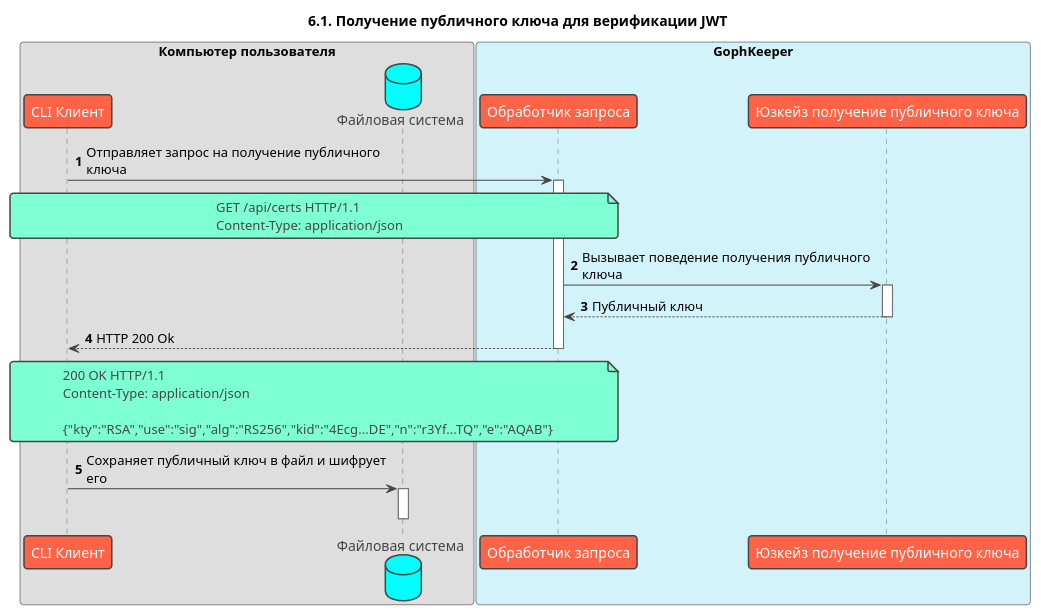
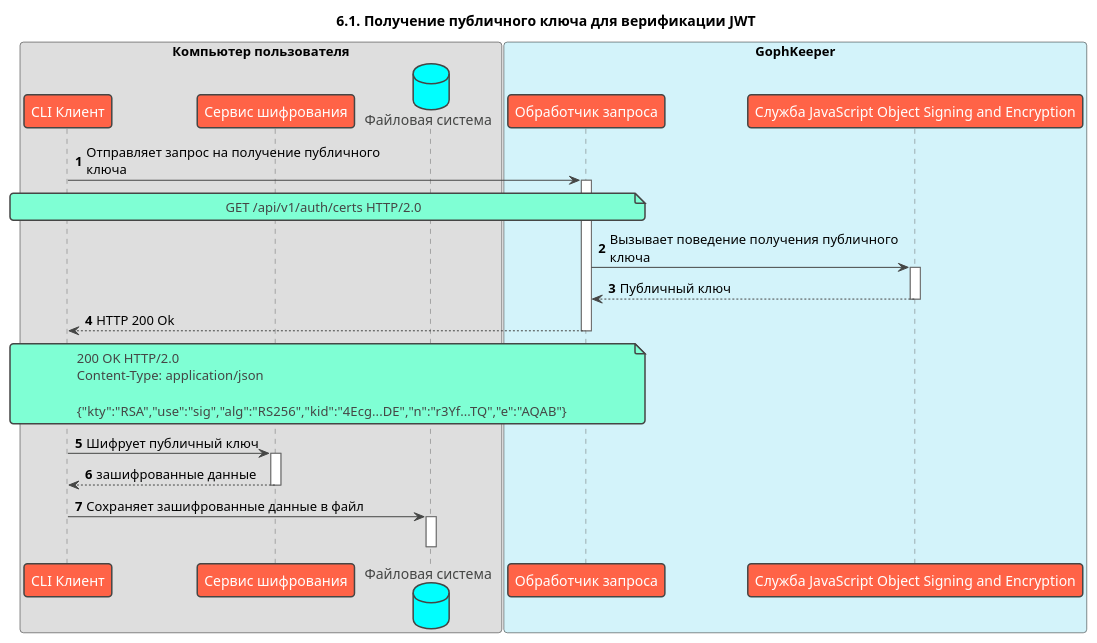
One commit to Nickolasll/GophKeeper changed the diagram in docs/arc42/6. Runtime View/6.1 Certs.puml. Above: the diagram before and after it, drawn with PlantUML. The commit also changed 24 other files, not shown here.

```diff
--- a/docs/arc42/6. Runtime View/6.1 Certs.puml
+++ b/docs/arc42/6. Runtime View/6.1 Certs.puml
@@ -1,35 +1,37 @@
 @startuml
 !theme vibrant
 title: 6.1. Получение публичного ключа для верификации JWT
 skinparam maxMessageSize 300
 autonumber
 
 box "Компьютер пользователя" #DEDEDE
     participant "CLI Клиент" as client
+    participant "Сервис шифрования" as cli_crypto
     database "Файловая система" as file
 end box
 
 box "GophKeeper" #d3f3fa
     participant "Обработчик запроса" as handler
-    participant "Юзкейз получение публичного ключа" as auth
+    participant "Служба JavaScript Object Signing and Encryption" as jose
 end box
 
 client -> handler ++ : Отправляет запрос на получение публичного ключа
 note over client, handler
-    GET /api/certs HTTP/1.1
-    Content-Type: application/json
+    GET /api/v1/auth/certs HTTP/2.0
 end note
 
-handler -> auth ++ : Вызывает поведение получения публичного ключа
+handler -> jose ++ : Вызывает поведение получения публичного ключа
 return Публичный ключ
 return HTTP 200 Ok
 note over client, handler
-    200 OK HTTP/1.1
+    200 OK HTTP/2.0
     Content-Type: application/json
 
     {"kty":"RSA","use":"sig","alg":"RS256","kid":"4Ecg...DE","n":"r3Yf...TQ","e":"AQAB"} 
 end note
-client -> file: Сохраняет публичный ключ в файл и шифрует его
+client -> cli_crypto ++ : Шифрует публичный ключ
+return зашифрованные данные
+client -> file: Сохраняет зашифрованные данные в файл
 activate file
-deactivate file 
+deactivate file
 @enduml
```
